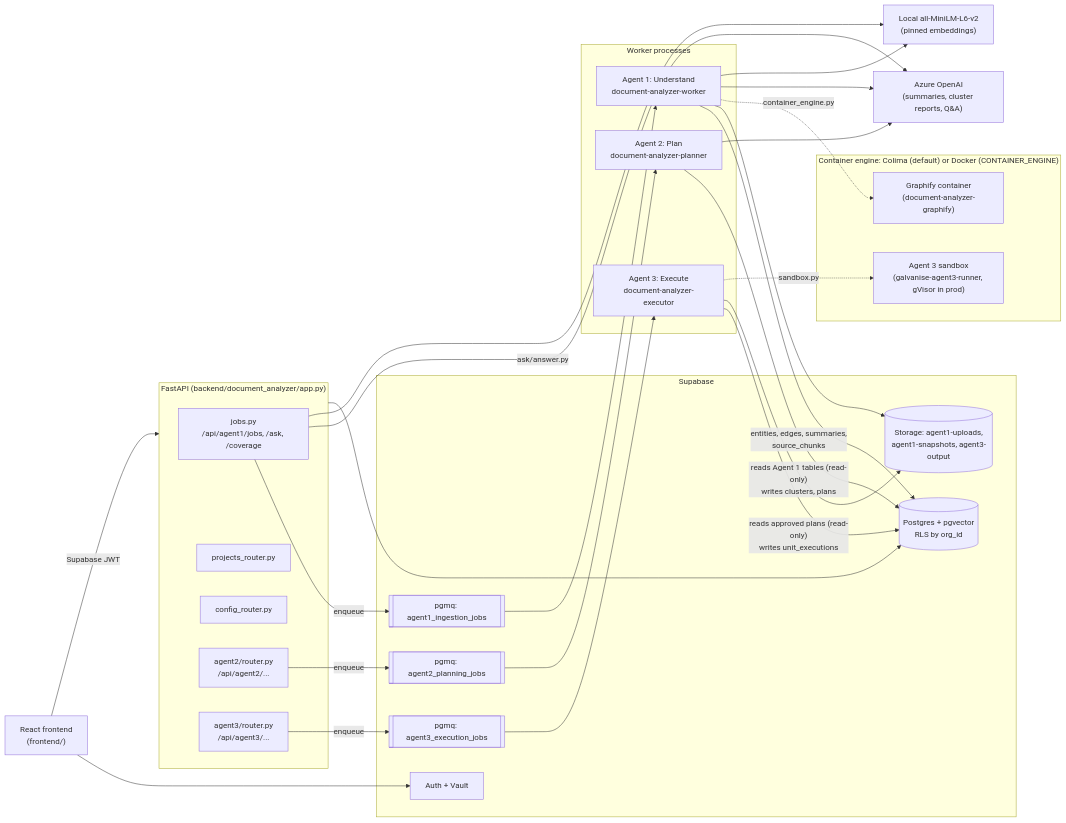
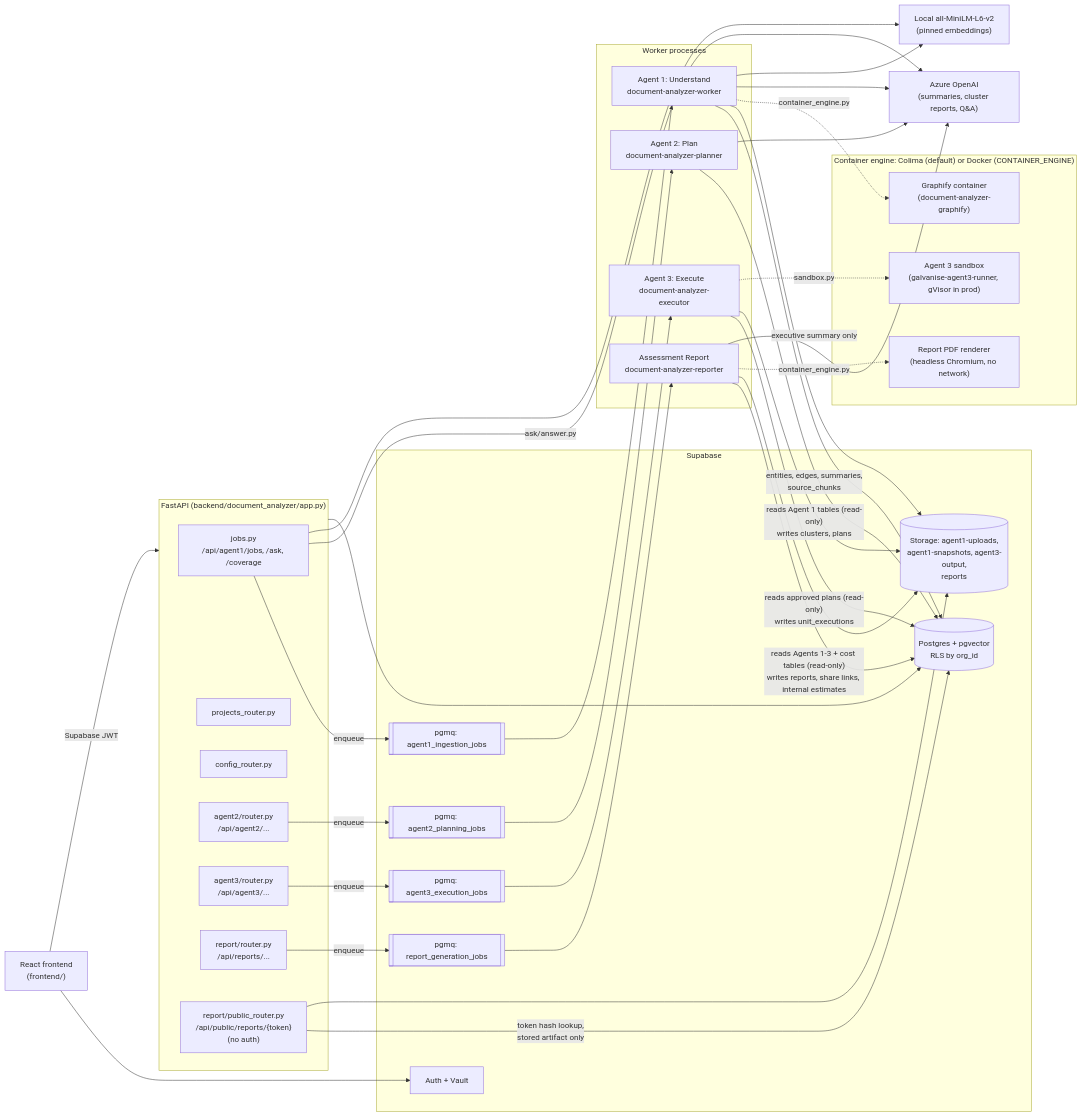
One commit to Arej02/document_analyzer changed the first of 9 diagrams in docs/architecture.md. Above: the diagram before and after it, drawn with Mermaid. The commit also changed other lines of this file and 170 other files, not shown here.

First line of the commit message:
feat: LLM cost accounting, assessment reports, and report entry points on run view and plan page

````diff
--- a/docs/architecture.md
+++ b/docs/architecture.md
@@ -9,60 +9,73 @@
 ```mermaid
 flowchart LR
     UI["React frontend<br/>(frontend/)"]
 
     subgraph API["FastAPI (backend/document_analyzer/app.py)"]
         R1["jobs.py<br/>/api/agent1/jobs, /ask, /coverage"]
         RP["projects_router.py"]
         RC["config_router.py"]
         R2["agent2/router.py<br/>/api/agent2/..."]
         R3["agent3/router.py<br/>/api/agent3/..."]
+        RR["report/router.py<br/>/api/reports/..."]
+        RPUB["report/public_router.py<br/>/api/public/reports/{token}<br/>(no auth)"]
     end
 
     subgraph SB["Supabase"]
         PG[("Postgres + pgvector<br/>RLS by org_id")]
         Q1[["pgmq: agent1_ingestion_jobs"]]
         Q2[["pgmq: agent2_planning_jobs"]]
         Q3[["pgmq: agent3_execution_jobs"]]
-        ST[("Storage: agent1-uploads,<br/>agent1-snapshots, agent3-output")]
+        QR[["pgmq: report_generation_jobs"]]
+        ST[("Storage: agent1-uploads,<br/>agent1-snapshots, agent3-output,<br/>reports")]
         AUTH["Auth + Vault"]
     end
 
     subgraph Workers["Worker processes"]
         W1["Agent 1: Understand<br/>document-analyzer-worker"]
         W2["Agent 2: Plan<br/>document-analyzer-planner"]
         W3["Agent 3: Execute<br/>document-analyzer-executor"]
+        WR["Assessment Report<br/>document-analyzer-reporter"]
     end
 
     subgraph Colima["Container engine: Colima (default) or Docker (CONTAINER_ENGINE)"]
         GF["Graphify container<br/>(document-analyzer-graphify)"]
         SX["Agent 3 sandbox<br/>(galvanise-agent3-runner, gVisor in prod)"]
+        PDF["Report PDF renderer<br/>(headless Chromium, no network)"]
     end
 
     AOAI["Azure OpenAI<br/>(summaries, cluster reports, Q&A)"]
     EMB["Local all-MiniLM-L6-v2<br/>(pinned embeddings)"]
 
     UI -->|"Supabase JWT"| API
     UI --> AUTH
     API --> PG
     R1 -->|enqueue| Q1
     R2 -->|enqueue| Q2
     R3 -->|enqueue| Q3
+    RR -->|enqueue| QR
+    RPUB -->|"token hash lookup,<br/>stored artifact only"| PG
+    RPUB --> ST
 
     Q1 --> W1
     Q2 --> W2
     Q3 --> W3
+    QR --> WR
 
     W1 -->|"entities, edges, summaries,<br/>source_chunks"| PG
     W1 --> ST
     W2 -->|"reads Agent 1 tables (read-only)<br/>writes clusters, plans"| PG
     W3 -->|"reads approved plans (read-only)<br/>writes unit_executions"| PG
     W3 --> ST
+    WR -->|"reads Agents 1-3 + cost tables (read-only)<br/>writes reports, share links, internal estimates"| PG
+    WR --> ST
 
     W1 -. "container_engine.py" .-> GF
     W3 -. "sandbox.py" .-> SX
+    WR -. "container_engine.py" .-> PDF
     W1 --> AOAI
     W2 --> AOAI
+    WR -->|"executive summary only"| AOAI
     R1 -->|"ask/answer.py"| AOAI
     W1 --> EMB
     R1 --> EMB
 ```
````
